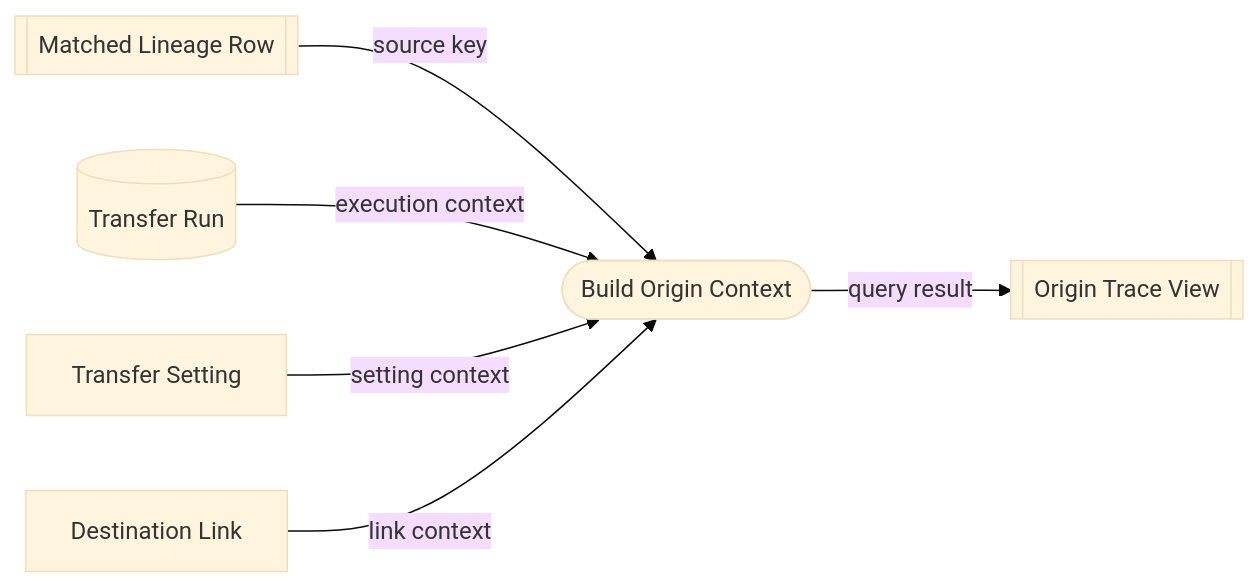
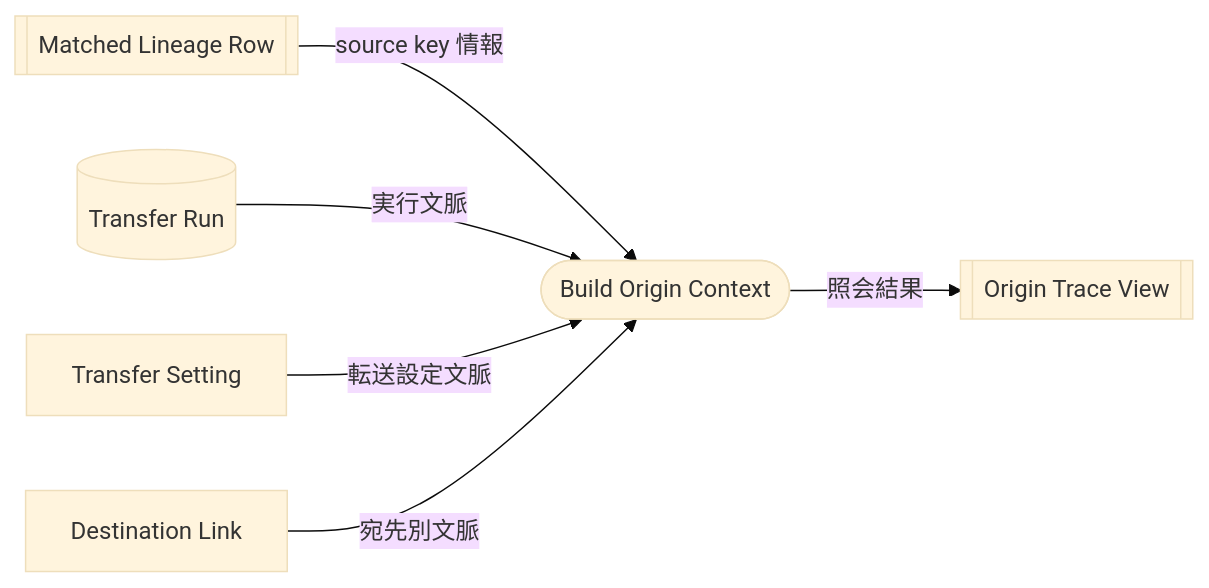
The fourth of 7 diagrams in packages/transfer/docs/processes/lineage-trace-process.md (mk3008/rawsql-ts), drawn with Mermaid (base theme) before and after one commit. The commit also changed other lines of this file and 70 other files, not shown here.

````diff
--- a/packages/transfer/docs/processes/lineage-trace-process.md
+++ b/packages/transfer/docs/processes/lineage-trace-process.md
@@ -68,15 +73,15 @@
 ```mermaid
 flowchart LR
   MatchedLineageRow[["Matched Lineage Row"]]
   TransferRun[("Transfer Run")]
   TransferSetting["Transfer Setting"]
   DestinationLink["Destination Link"]
   BuildOriginContext(["Build Origin Context"])
   OriginTrace[["Origin Trace View"]]
 
-  MatchedLineageRow -->|"source key"| BuildOriginContext
-  TransferRun -->|"execution context"| BuildOriginContext
-  TransferSetting -->|"setting context"| BuildOriginContext
-  DestinationLink -->|"link context"| BuildOriginContext
-  BuildOriginContext -->|"query result"| OriginTrace
+  MatchedLineageRow -->|"source key 情報"| BuildOriginContext
+  TransferRun -->|"実行文脈"| BuildOriginContext
+  TransferSetting -->|"転送設定文脈"| BuildOriginContext
+  DestinationLink -->|"宛先別文脈"| BuildOriginContext
+  BuildOriginContext -->|"照会結果"| OriginTrace
 ```
````
